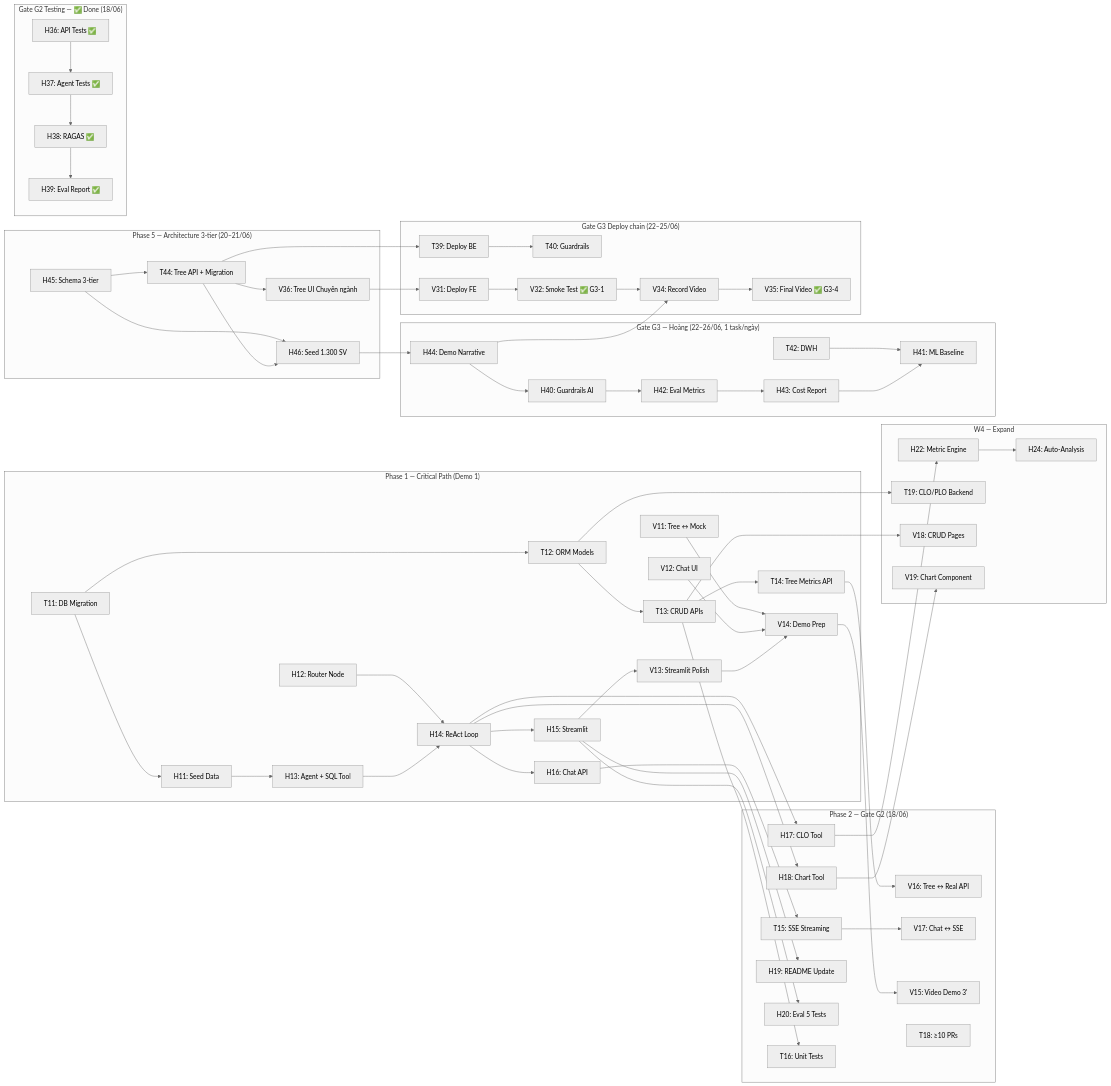
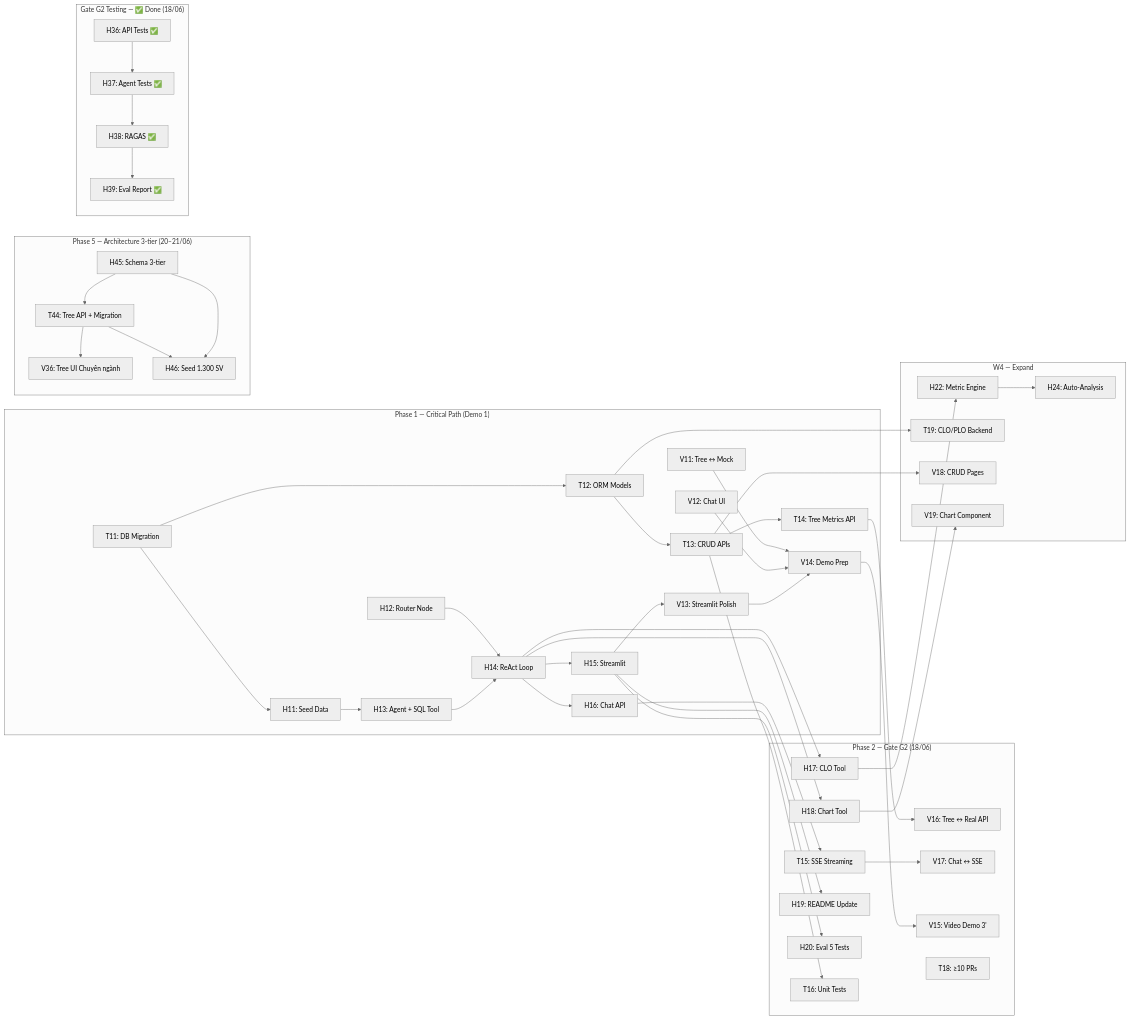
The diagram in docs/07-Sprint-Planning/Sprint2.md (ritvien/-Learning-Analytics-AI), drawn with Mermaid (neutral theme) before and after one commit. The commit also changed other lines of this file and 3 other files, not shown here.

````diff
--- a/docs/07-Sprint-Planning/Sprint2.md
+++ b/docs/07-Sprint-Planning/Sprint2.md
@@ -399,78 +323,60 @@
 ```mermaid
 graph LR
     subgraph "Phase 1 — Critical Path (Demo 1)"
         H11["H11: Seed Data"] --> H13["H13: Agent + SQL Tool"]
         T11["T11: DB Migration"] --> H11
         T11 --> T12["T12: ORM Models"]
         T12 --> T13["T13: CRUD APIs"]
         
         H12["H12: Router Node"] --> H14["H14: ReAct Loop"]
         H13 --> H14
         H14 --> H15["H15: Streamlit"]
         H14 --> H16["H16: Chat API"]
         
         T13 --> T14["T14: Tree Metrics API"]
         
         V11["V11: Tree ↔ Mock"] --> V14["V14: Demo Prep"]
         V12["V12: Chat UI"] --> V14
         H15 --> V13["V13: Streamlit Polish"]
         V13 --> V14
     end
 
     subgraph "Phase 2 — Gate G2 (18/06)"
         H16 --> T15["T15: SSE Streaming"]
         H14 --> H17["H17: CLO Tool"]
         H14 --> H18["H18: Chart Tool"]
         
         H15 --> H19["H19: README Update"]
         H15 --> H20["H20: Eval 5 Tests"]
         
         T14 --> V16["V16: Tree ↔ Real API"]
         T15 --> V17["V17: Chat ↔ SSE"]
         
         V14 --> V15["V15: Video Demo 3'"]
         
         T13 --> T16["T16: Unit Tests"]
         T18["T18: ≥10 PRs"]
     end
 
     subgraph "W4 — Expand"
         H17 --> H22["H22: Metric Engine"]
         H22 --> H24["H24: Auto-Analysis"]
         T12 --> T19["T19: CLO/PLO Backend"]
         T13 --> V18["V18: CRUD Pages"]
         H18 --> V19["V19: Chart Component"]
     end
 
     subgraph "Phase 5 — Architecture 3-tier (20–21/06)"
         H45["H45: Schema 3-tier"] --> T44["T44: Tree API + Migration"]
         T44 --> V36["V36: Tree UI Chuyên ngành"]
         H45 --> H46["H46: Seed 1.300 SV"]
         T44 --> H46
     end
 
     subgraph "Gate G2 Testing — ✅ Done (18/06)"
         H36["H36: API Tests ✅"] --> H37["H37: Agent Tests ✅"]
         H37 --> H38["H38: RAGAS ✅"]
         H38 --> H39["H39: Eval Report ✅"]
     end
 
-    subgraph "Gate G3 — Hoàng (22–26/06, 1 task/ngày)"
-        H46["H46: Seed 1.300 SV"] --> H44["H44: Demo Narrative"]
-        H44 --> H40["H40: Guardrails AI"]
-        H40 --> H42["H42: Eval Metrics"]
-        H42 --> H43["H43: Cost Report"]
-        T42["T42: DWH"] --> H41["H41: ML Baseline"]
-        H43 --> H41
-    end
-
-    subgraph "Gate G3 Deploy chain (22–25/06)"
-        V36 --> V31["V31: Deploy FE"]
-        T44 --> T39["T39: Deploy BE"]
-        T39 --> T40["T40: Guardrails"]
-        V31 --> V32["V32: Smoke Test ✅ G3-1"]
-        H44 --> V34["V34: Record Video"]
-        V32 --> V34
-        V34 --> V35["V35: Final Video ✅ G3-4"]
-    end
 ```
````
